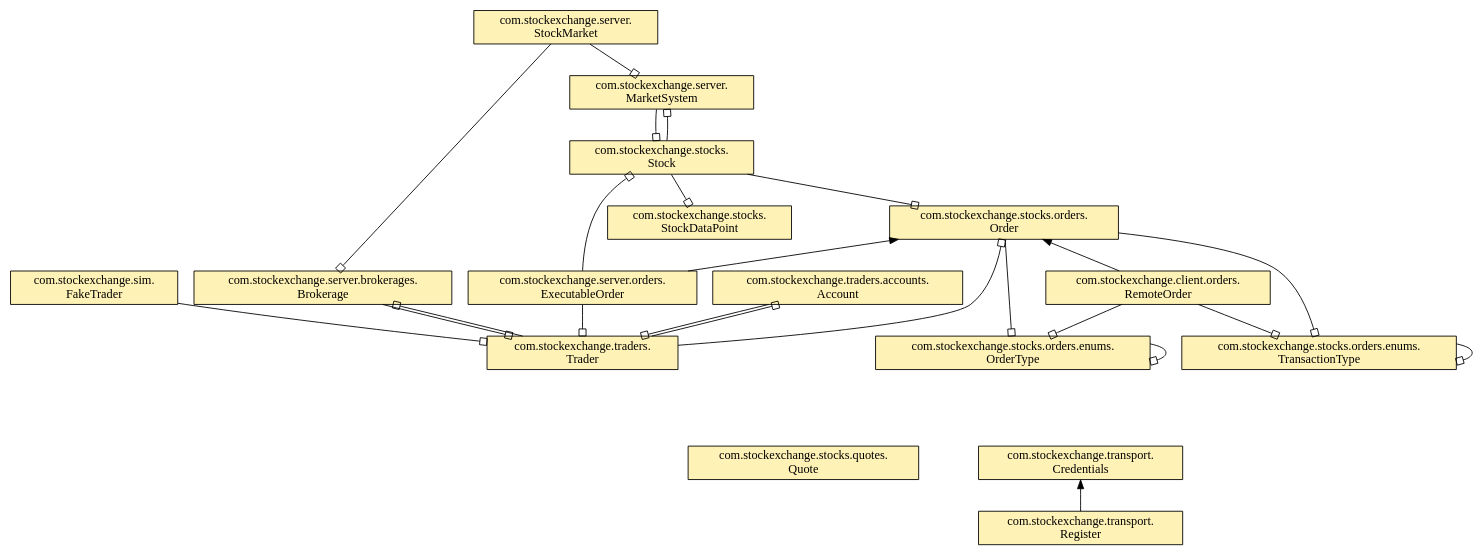
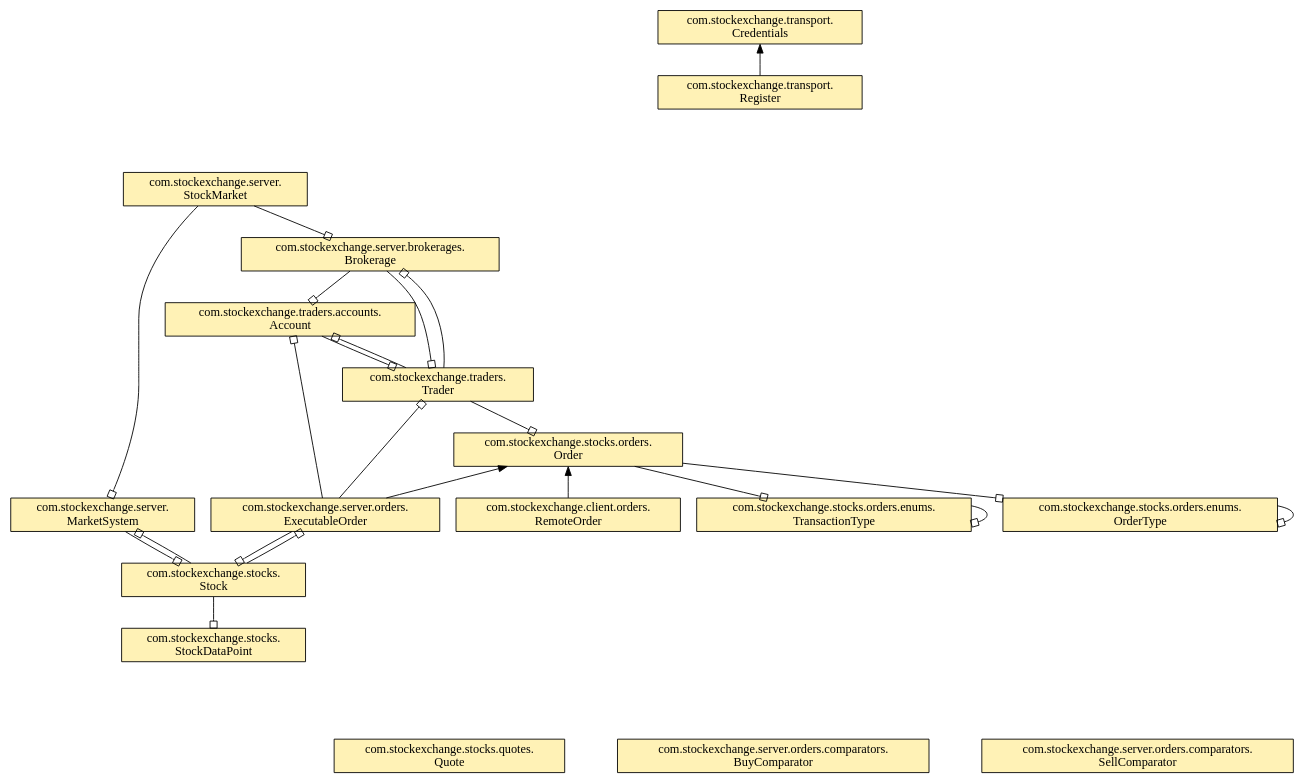
The diagram in build/doc.dot (rhino1998/StockExchange), drawn with Graphviz before and after one commit. The commit also changed 37 other files, not shown here.

```diff
--- a/build/doc.dot
+++ b/build/doc.dot
@@ -1,54 +1,54 @@
 digraph {
 size="2000.0,2000.0";
 layout=dot;
 rankdir="BT";
 overlap=false;
 splines=true;
 pack=true;
 
 node[shape=box,style=filled,fillcolor="#fff2b6"];
-  "com.stockexchange.sim.\nFakeTrader"
   "com.stockexchange.stocks.\nStockDataPoint"
+  "com.stockexchange.server.orders.comparators.\nSellComparator"
   "com.stockexchange.server.brokerages.\nBrokerage"
   "com.stockexchange.server.\nMarketSystem"
   "com.stockexchange.client.orders.\nRemoteOrder"
   "com.stockexchange.stocks.orders.\nOrder"
   "com.stockexchange.stocks.orders.enums.\nTransactionType"
   "com.stockexchange.stocks.\nStock"
   "com.stockexchange.stocks.orders.enums.\nOrderType"
   "com.stockexchange.traders.accounts.\nAccount"
+  "com.stockexchange.server.orders.comparators.\nBuyComparator"
   "com.stockexchange.stocks.quotes.\nQuote"
   "com.stockexchange.transport.\nCredentials"
   "com.stockexchange.traders.\nTrader"
   "com.stockexchange.server.orders.\nExecutableOrder"
   "com.stockexchange.server.\nStockMarket"
   "com.stockexchange.transport.\nRegister"
 
 node[shape=diamond,style=filled,fillcolor="#b6e7ff"];
 
 node[shape=oval,style=filled,fillcolor="#f3c9ff"];
 
-  "com.stockexchange.traders.\nTrader" -> "com.stockexchange.sim.\nFakeTrader" [arrowtail=obox, dir=back]
   "com.stockexchange.traders.\nTrader" -> "com.stockexchange.server.brokerages.\nBrokerage" [arrowtail=obox, dir=back]
+  "com.stockexchange.traders.accounts.\nAccount" -> "com.stockexchange.server.brokerages.\nBrokerage" [arrowtail=obox, dir=back]
   "com.stockexchange.stocks.\nStock" -> "com.stockexchange.server.\nMarketSystem" [arrowtail=obox, dir=back]
   "com.stockexchange.client.orders.\nRemoteOrder" -> "com.stockexchange.stocks.orders.\nOrder"
-  "com.stockexchange.stocks.orders.enums.\nOrderType" -> "com.stockexchange.client.orders.\nRemoteOrder" [arrowtail=obox, dir=back]
-  "com.stockexchange.stocks.orders.enums.\nTransactionType" -> "com.stockexchange.client.orders.\nRemoteOrder" [arrowtail=obox, dir=back]
   "com.stockexchange.stocks.orders.enums.\nOrderType" -> "com.stockexchange.stocks.orders.\nOrder" [arrowtail=obox, dir=back]
   "com.stockexchange.stocks.orders.enums.\nTransactionType" -> "com.stockexchange.stocks.orders.\nOrder" [arrowtail=obox, dir=back]
   "com.stockexchange.stocks.orders.enums.\nTransactionType" -> "com.stockexchange.stocks.orders.enums.\nTransactionType" [arrowtail=obox, dir=back]
+  "com.stockexchange.server.orders.\nExecutableOrder" -> "com.stockexchange.stocks.\nStock" [arrowtail=obox, dir=back]
   "com.stockexchange.stocks.\nStockDataPoint" -> "com.stockexchange.stocks.\nStock" [arrowtail=obox, dir=back]
   "com.stockexchange.server.\nMarketSystem" -> "com.stockexchange.stocks.\nStock" [arrowtail=obox, dir=back]
-  "com.stockexchange.stocks.orders.\nOrder" -> "com.stockexchange.stocks.\nStock" [arrowtail=obox, dir=back]
   "com.stockexchange.stocks.orders.enums.\nOrderType" -> "com.stockexchange.stocks.orders.enums.\nOrderType" [arrowtail=obox, dir=back]
   "com.stockexchange.traders.\nTrader" -> "com.stockexchange.traders.accounts.\nAccount" [arrowtail=obox, dir=back]
   "com.stockexchange.server.brokerages.\nBrokerage" -> "com.stockexchange.traders.\nTrader" [arrowtail=obox, dir=back]
   "com.stockexchange.traders.accounts.\nAccount" -> "com.stockexchange.traders.\nTrader" [arrowtail=obox, dir=back]
   "com.stockexchange.stocks.orders.\nOrder" -> "com.stockexchange.traders.\nTrader" [arrowtail=obox, dir=back]
   "com.stockexchange.server.orders.\nExecutableOrder" -> "com.stockexchange.stocks.orders.\nOrder"
   "com.stockexchange.traders.\nTrader" -> "com.stockexchange.server.orders.\nExecutableOrder" [arrowtail=obox, dir=back]
+  "com.stockexchange.traders.accounts.\nAccount" -> "com.stockexchange.server.orders.\nExecutableOrder" [arrowtail=obox, dir=back]
   "com.stockexchange.stocks.\nStock" -> "com.stockexchange.server.orders.\nExecutableOrder" [arrowtail=obox, dir=back]
   "com.stockexchange.server.\nMarketSystem" -> "com.stockexchange.server.\nStockMarket" [arrowtail=obox, dir=back]
   "com.stockexchange.server.brokerages.\nBrokerage" -> "com.stockexchange.server.\nStockMarket" [arrowtail=obox, dir=back]
   "com.stockexchange.transport.\nRegister" -> "com.stockexchange.transport.\nCredentials"
 }
```
